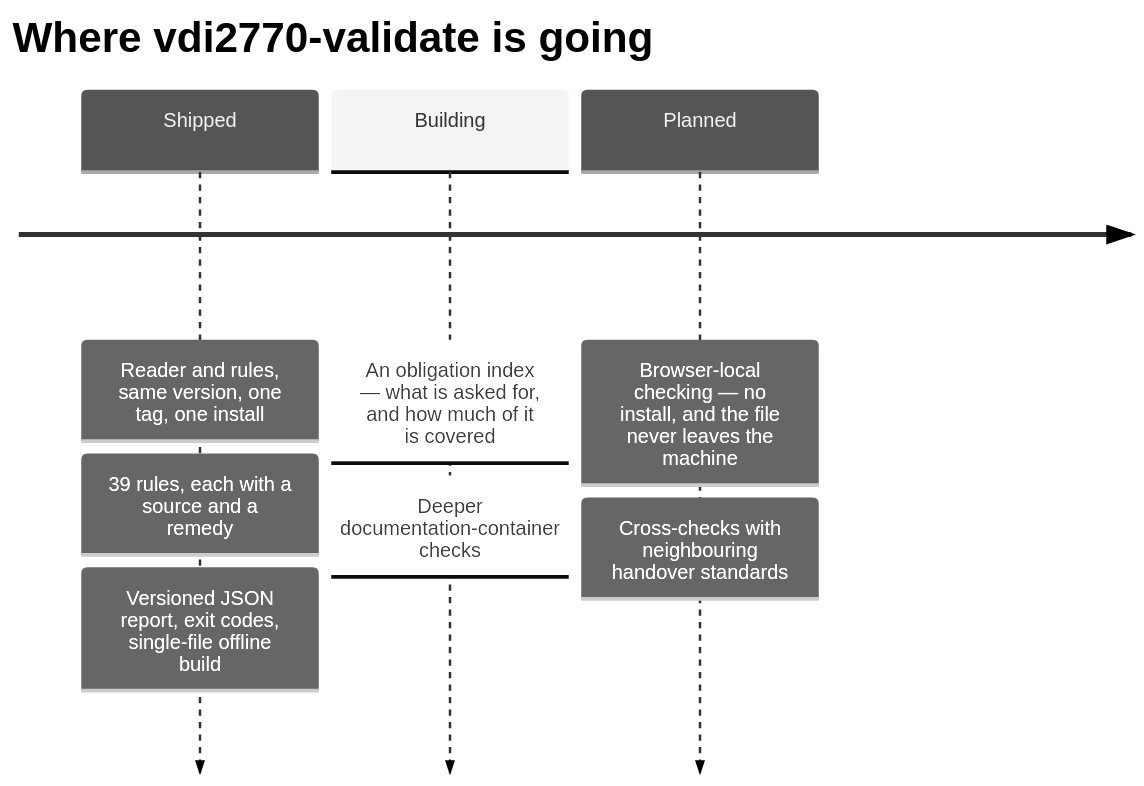
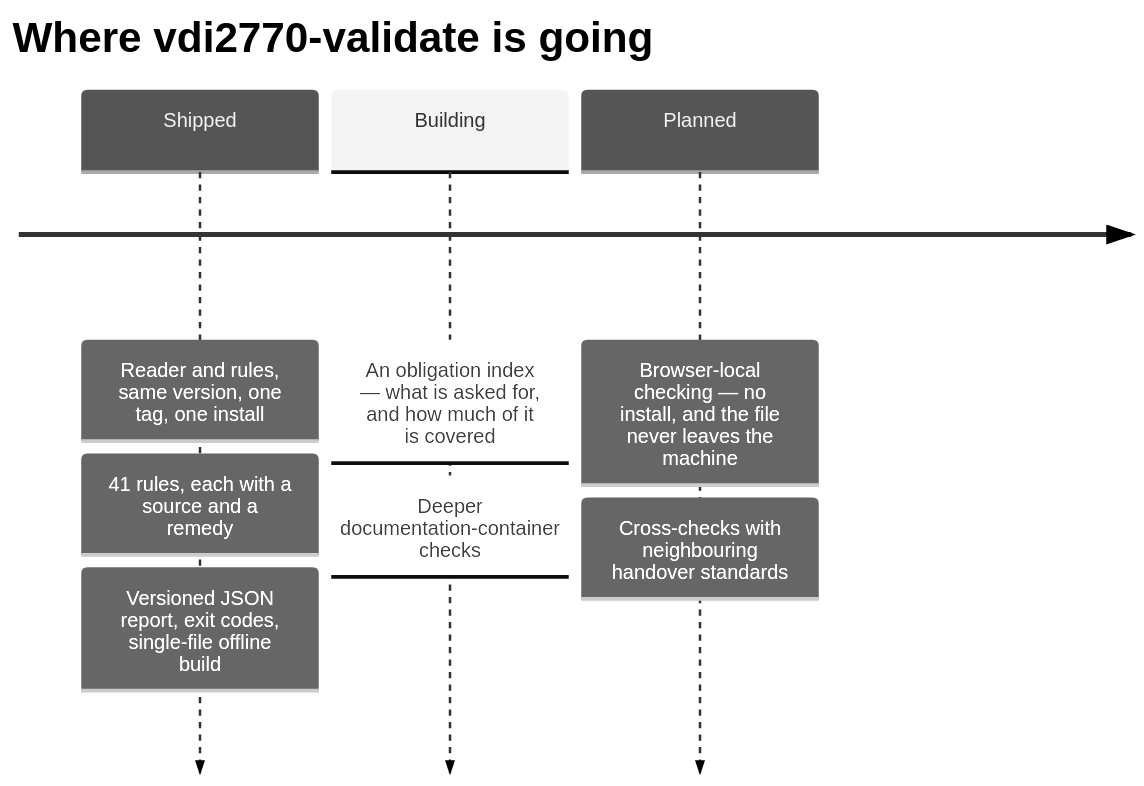
Before and after one commit to dev365code/vdi2770-validate: the second of 2 diagrams in README.md, drawn with Mermaid (neutral theme). The commit also changed other lines of this file and 15 other files, not shown here.

````diff
--- a/README.md
+++ b/README.md
@@ -195,11 +196,11 @@
 ```mermaid
 timeline
     title Where vdi2770-validate is going
     Shipped : Reader and rules, same version, one tag, one install
-            : 39 rules, each with a source and a remedy
+            : 41 rules, each with a source and a remedy
             : Versioned JSON report, exit codes, single-file offline build
     Building : An obligation index — what is asked for, and how much of it is covered
              : Deeper documentation-container checks
     Planned : Browser-local checking — no install, and the file never leaves the machine
             : Cross-checks with neighbouring handover standards
 ```
````
